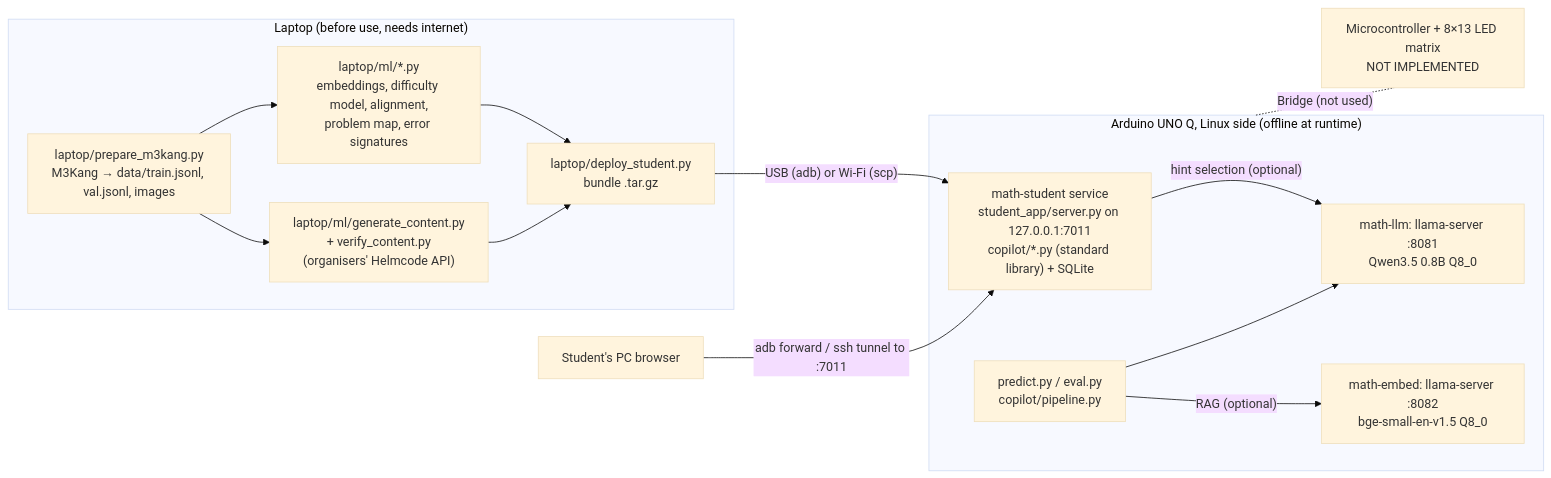
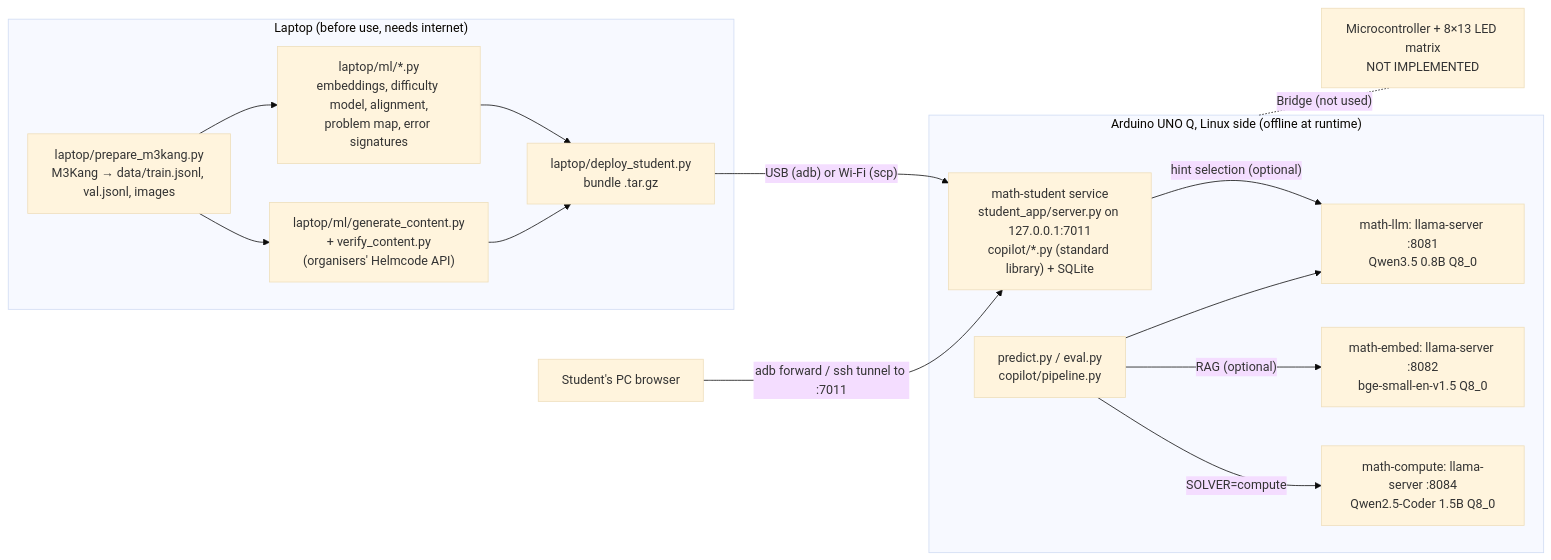
Before and after one commit to berta-r/Math_is_yours: the diagram in README.md, drawn with Mermaid (base theme). The commit also changed other lines of this file and 21 other files, not shown here.

````diff
--- a/README.md
+++ b/README.md
@@ -15,25 +15,27 @@
 ```mermaid
 flowchart LR
   subgraph Laptop["Laptop (before use, needs internet)"]
     P["laptop/prepare_m3kang.py<br/>M3Kang → data/train.jsonl, val.jsonl, images"]
     ML["laptop/ml/*.py<br/>embeddings, difficulty model, alignment,<br/>problem map, error signatures"]
     G["laptop/ml/generate_content.py<br/>+ verify_content.py<br/>(organisers' Helmcode API)"]
     D["laptop/deploy_student.py<br/>bundle .tar.gz"]
     P --> ML --> D
     P --> G --> D
   end
   subgraph Board["Arduino UNO Q, Linux side (offline at runtime)"]
     S["math-student service<br/>student_app/server.py on 127.0.0.1:7011<br/>copilot/*.py (standard library) + SQLite"]
     L["math-llm: llama-server :8081<br/>Qwen3.5 0.8B Q8_0"]
     E["math-embed: llama-server :8082<br/>bge-small-en-v1.5 Q8_0"]
+    C["math-compute: llama-server :8084<br/>Qwen2.5-Coder 1.5B Q8_0"]
     R["predict.py / eval.py<br/>copilot/pipeline.py"]
     S -- "hint selection (optional)" --> L
     R --> L
     R -- "RAG (optional)" --> E
+    R -- "SOLVER=compute" --> C
   end
   MCU["Microcontroller + 8×13 LED matrix<br/>NOT IMPLEMENTED"]
   PC["Student's PC browser"]
   D -- "USB (adb) or Wi-Fi (scp)" --> S
   PC -- "adb forward / ssh tunnel to :7011" --> S
   Board -. "Bridge (not used)" .- MCU
 ```
````
